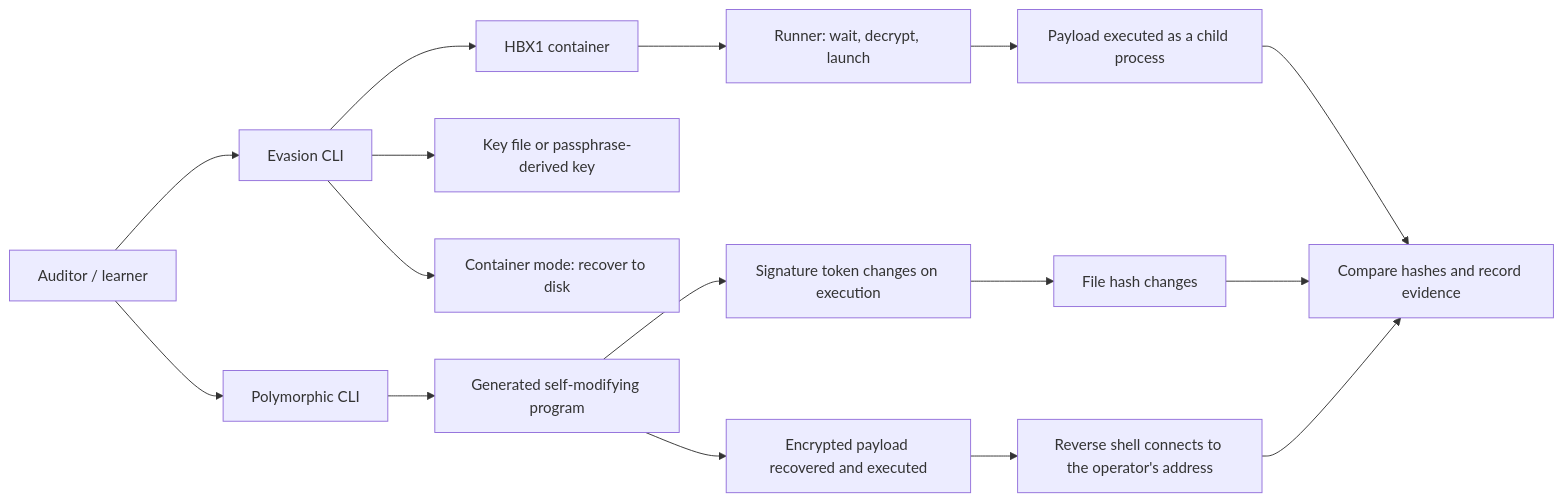
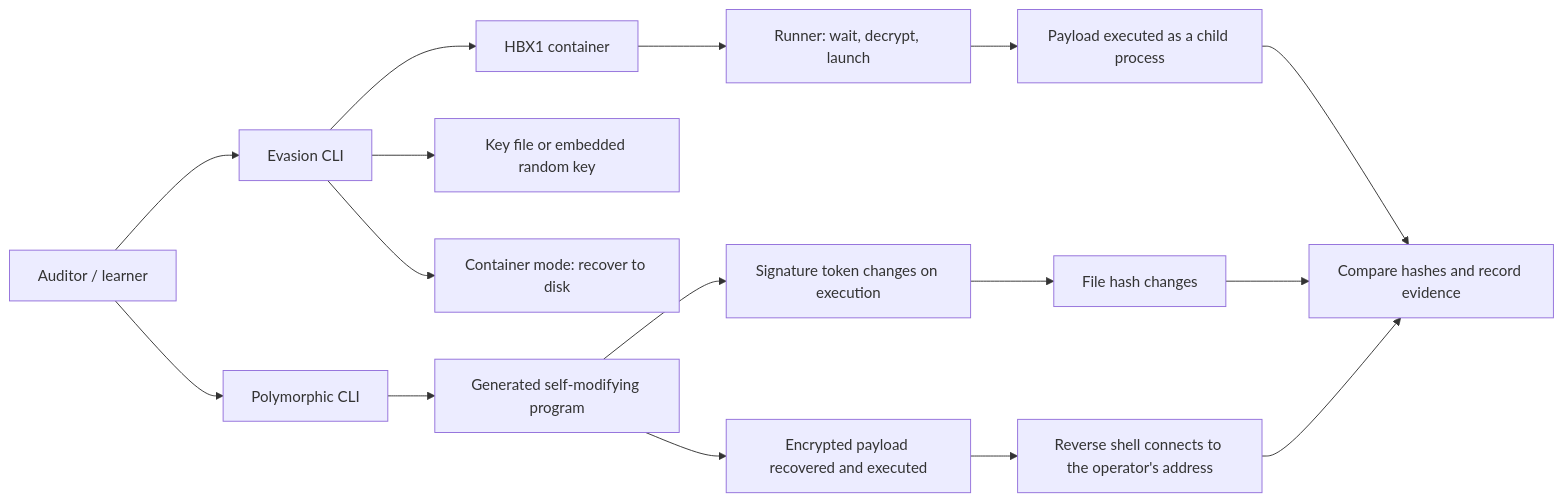
One commit to fahdaguenouz/hidden-bytes changed the eighth of 8 diagrams in README.md. Above: the diagram before and after it, drawn with Mermaid. The commit also changed other lines of this file and 6 other files, not shown here.

````diff
--- a/README.md
+++ b/README.md
@@ -1216,18 +1247,18 @@
 ```mermaid
 flowchart LR
     U[Auditor / learner] --> E[Evasion CLI]
     U --> P[Polymorphic CLI]
     E --> H[HBX1 container]
-    E --> K[Key file or passphrase-derived key]
+    E --> K[Key file or embedded random key]
     H --> R[Runner: wait, decrypt, launch]
     R --> O[Payload executed as a child process]
     E --> R2[Container mode: recover to disk]
     P --> S[Generated self-modifying program]
     S --> V[Signature token changes on execution]
     V --> X[File hash changes]
     S --> Y[Encrypted payload recovered and executed]
     Y --> Z[Reverse shell connects to the operator's address]
     O --> D[Compare hashes and record evidence]
     X --> D
     Z --> D
 ```
````
